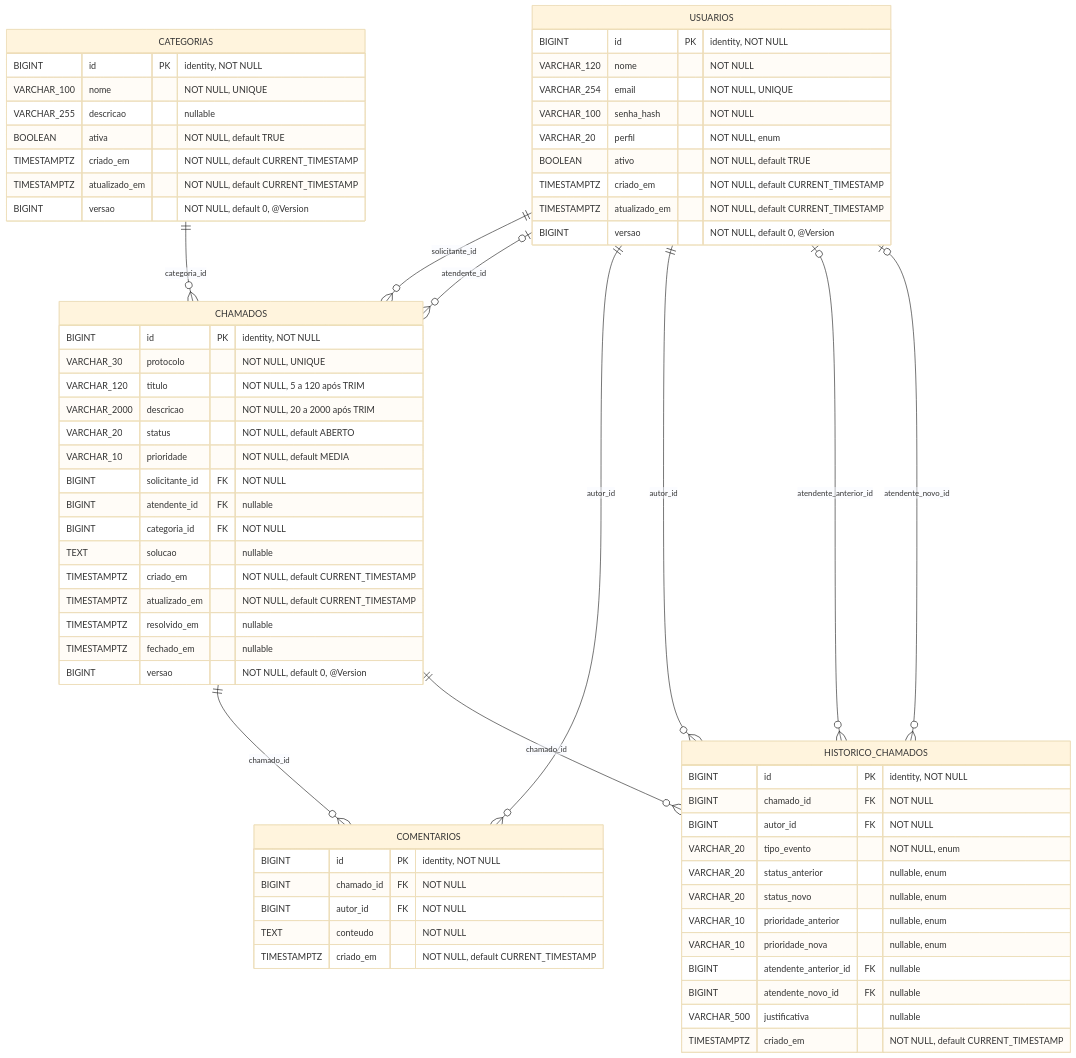
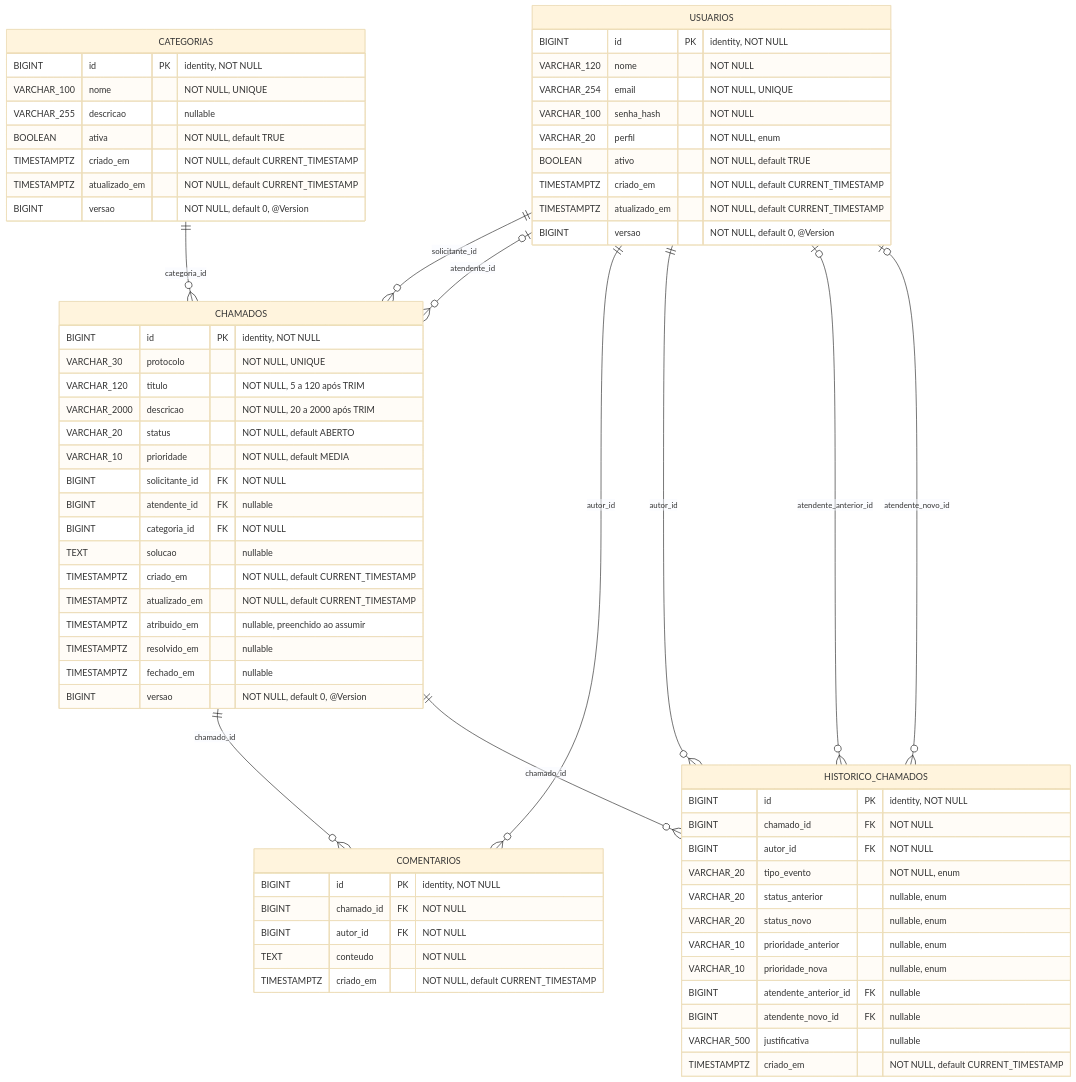
Before and after one commit to RenanSouzadeOliveira/SOFTWARE_PRODUCT_IMPACTA_RESOLVEAI: the diagram in docs/modelo-entidade-relacionamento.md, drawn with Mermaid (base theme). The commit also changed other lines of this file and 39 other files, not shown here.

````diff
--- a/docs/modelo-entidade-relacionamento.md
+++ b/docs/modelo-entidade-relacionamento.md
@@ -7,76 +7,77 @@
 ```mermaid
 erDiagram
     %% Entidades centrais em foco: USUARIOS, CATEGORIAS e CHAMADOS.
     USUARIOS {
         BIGINT id PK "identity, NOT NULL"
         VARCHAR_120 nome "NOT NULL"
         VARCHAR_254 email "NOT NULL, UNIQUE"
         VARCHAR_100 senha_hash "NOT NULL"
         VARCHAR_20 perfil "NOT NULL, enum"
         BOOLEAN ativo "NOT NULL, default TRUE"
         TIMESTAMPTZ criado_em "NOT NULL, default CURRENT_TIMESTAMP"
         TIMESTAMPTZ atualizado_em "NOT NULL, default CURRENT_TIMESTAMP"
         BIGINT versao "NOT NULL, default 0, @Version"
     }
 
     CATEGORIAS {
         BIGINT id PK "identity, NOT NULL"
         VARCHAR_100 nome "NOT NULL, UNIQUE"
         VARCHAR_255 descricao "nullable"
         BOOLEAN ativa "NOT NULL, default TRUE"
         TIMESTAMPTZ criado_em "NOT NULL, default CURRENT_TIMESTAMP"
         TIMESTAMPTZ atualizado_em "NOT NULL, default CURRENT_TIMESTAMP"
         BIGINT versao "NOT NULL, default 0, @Version"
     }
 
     CHAMADOS {
         BIGINT id PK "identity, NOT NULL"
         VARCHAR_30 protocolo "NOT NULL, UNIQUE"
         VARCHAR_120 titulo "NOT NULL, 5 a 120 após TRIM"
         VARCHAR_2000 descricao "NOT NULL, 20 a 2000 após TRIM"
         VARCHAR_20 status "NOT NULL, default ABERTO"
         VARCHAR_10 prioridade "NOT NULL, default MEDIA"
         BIGINT solicitante_id FK "NOT NULL"
         BIGINT atendente_id FK "nullable"
         BIGINT categoria_id FK "NOT NULL"
         TEXT solucao "nullable"
         TIMESTAMPTZ criado_em "NOT NULL, default CURRENT_TIMESTAMP"
         TIMESTAMPTZ atualizado_em "NOT NULL, default CURRENT_TIMESTAMP"
+        TIMESTAMPTZ atribuido_em "nullable, preenchido ao assumir"
         TIMESTAMPTZ resolvido_em "nullable"
         TIMESTAMPTZ fechado_em "nullable"
         BIGINT versao "NOT NULL, default 0, @Version"
     }
 
     COMENTARIOS {
         BIGINT id PK "identity, NOT NULL"
         BIGINT chamado_id FK "NOT NULL"
         BIGINT autor_id FK "NOT NULL"
         TEXT conteudo "NOT NULL"
         TIMESTAMPTZ criado_em "NOT NULL, default CURRENT_TIMESTAMP"
     }
 
     HISTORICO_CHAMADOS {
         BIGINT id PK "identity, NOT NULL"
         BIGINT chamado_id FK "NOT NULL"
         BIGINT autor_id FK "NOT NULL"
         VARCHAR_20 tipo_evento "NOT NULL, enum"
         VARCHAR_20 status_anterior "nullable, enum"
         VARCHAR_20 status_novo "nullable, enum"
         VARCHAR_10 prioridade_anterior "nullable, enum"
         VARCHAR_10 prioridade_nova "nullable, enum"
         BIGINT atendente_anterior_id FK "nullable"
         BIGINT atendente_novo_id FK "nullable"
         VARCHAR_500 justificativa "nullable"
         TIMESTAMPTZ criado_em "NOT NULL, default CURRENT_TIMESTAMP"
     }
 
     USUARIOS ||--o{ CHAMADOS : "solicitante_id"
     USUARIOS o|--o{ CHAMADOS : "atendente_id"
     CATEGORIAS ||--o{ CHAMADOS : "categoria_id"
     CHAMADOS ||--o{ COMENTARIOS : "chamado_id"
     USUARIOS ||--o{ COMENTARIOS : "autor_id"
     CHAMADOS ||--o{ HISTORICO_CHAMADOS : "chamado_id"
     USUARIOS ||--o{ HISTORICO_CHAMADOS : "autor_id"
     USUARIOS o|--o{ HISTORICO_CHAMADOS : "atendente_anterior_id"
     USUARIOS o|--o{ HISTORICO_CHAMADOS : "atendente_novo_id"
 ```
````
